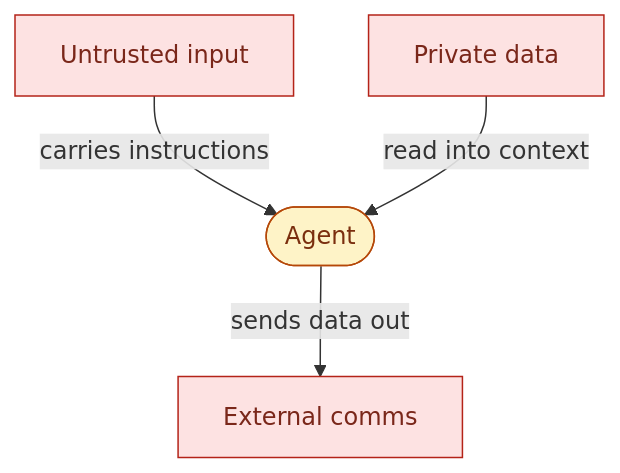
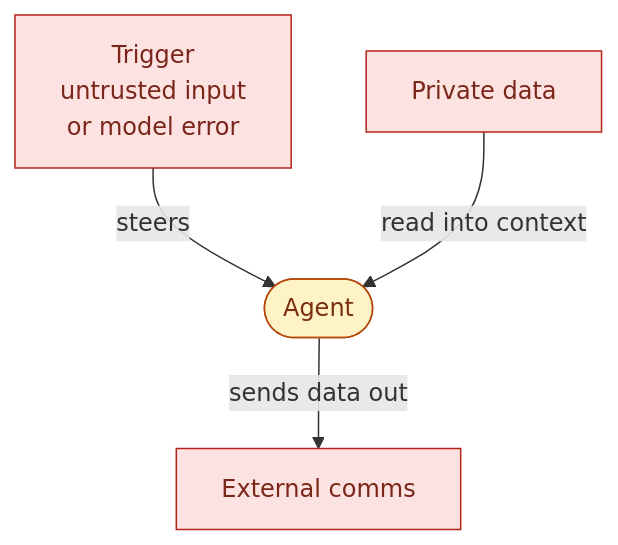
One commit to bruceharris/claude-code-safety changed the second of 4 diagrams in content/decks/1-threat-model.md. Above: the diagram before and after it, drawn with Mermaid. The commit also changed other lines of this file and 3 other files, not shown here.

First line of the commit message:
Broaden trifecta's third leg to "trigger" (untrusted input or model error)

````diff
--- a/content/decks/1-threat-model.md
+++ b/content/decks/1-threat-model.md
@@ -77,16 +77,16 @@
 ```mermaid
 flowchart TD
-    UI[Untrusted input]
+    T[Trigger<br/>untrusted input<br/>or model error]
     PD[Private data]
     EC[External comms]
     Agent([Agent])
-    UI -->|carries instructions| Agent
+    T -->|steers| Agent
     PD -->|read into context| Agent
     Agent -->|sends data out| EC
     classDef source fill:#fde2e2,stroke:#b42318,color:#7a271a
     classDef sink fill:#fde2e2,stroke:#b42318,color:#7a271a
     classDef agent fill:#fef3c7,stroke:#b54708,color:#7a2e0e
-    class UI,PD source
+    class T,PD source
     class EC sink
     class Agent agent
 ```
````
